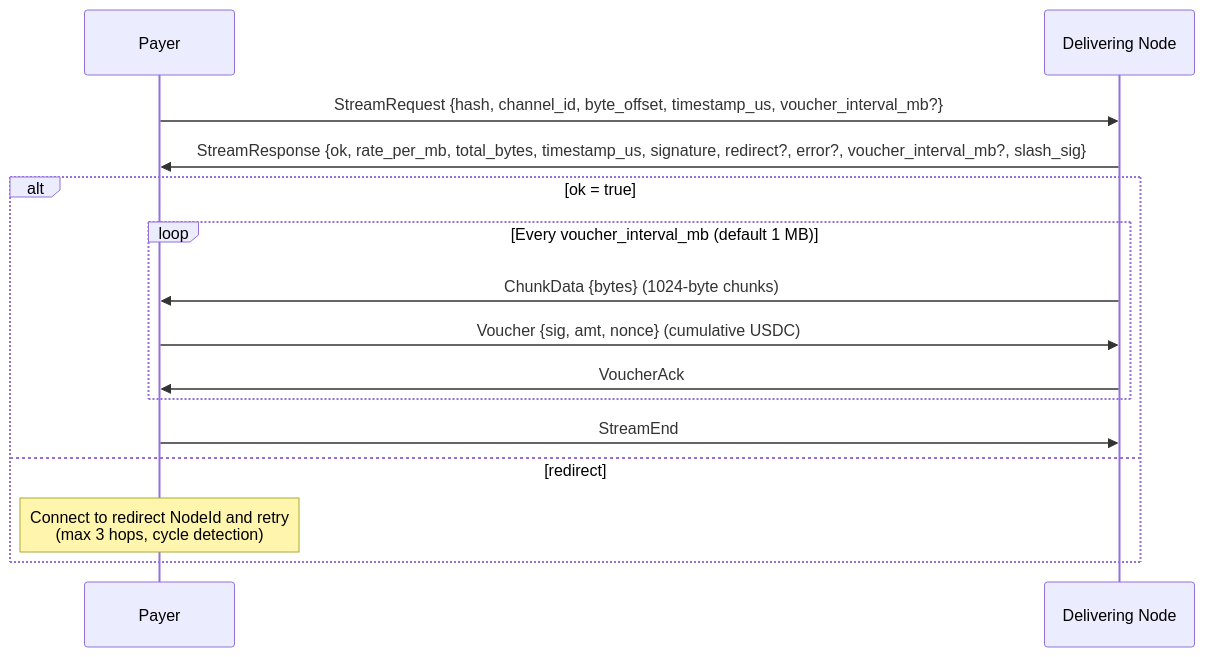
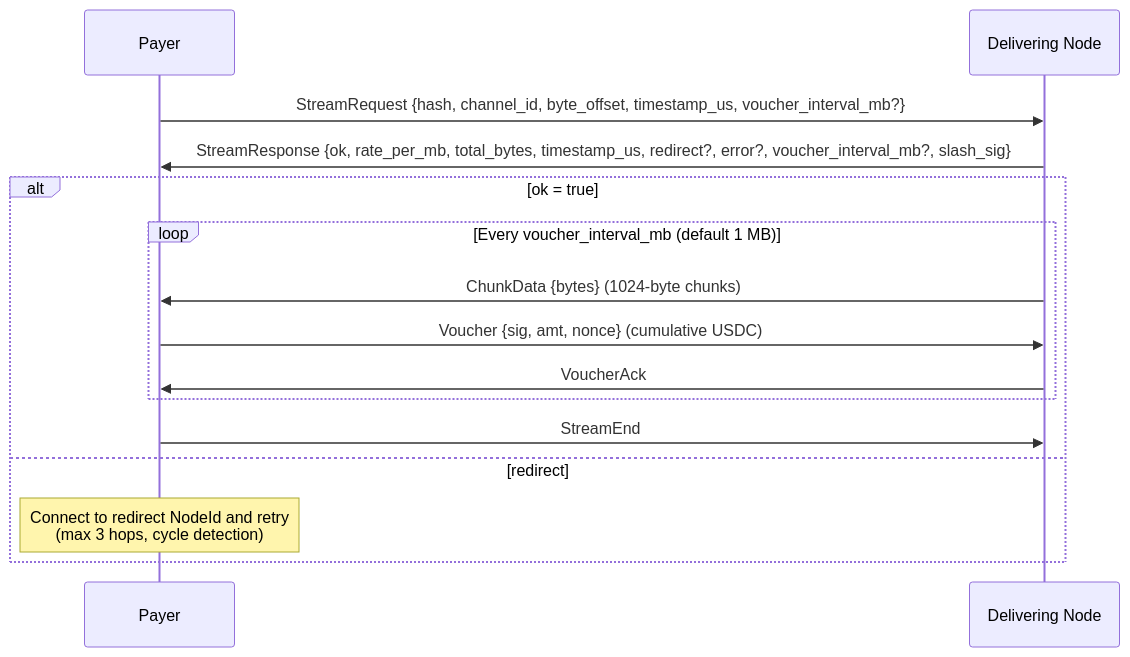
One commit to decdn/decdn changed the second of 4 diagrams in adr/005-protocol.md. Above: the diagram before and after it, drawn with Mermaid. The commit also changed other lines of this file and 9 other files, not shown here.

````diff
--- a/adr/005-protocol.md
+++ b/adr/005-protocol.md
@@ -95,19 +93,19 @@
 ```mermaid
 sequenceDiagram
     participant P as Payer
     participant D as Delivering Node
 
     P->>D: StreamRequest {hash, channel_id, byte_offset, timestamp_us, voucher_interval_mb?}
-    D->>P: StreamResponse {ok, rate_per_mb, total_bytes, timestamp_us, signature, redirect?, error?, voucher_interval_mb?, slash_sig}
+    D->>P: StreamResponse {ok, rate_per_mb, total_bytes, timestamp_us, redirect?, error?, voucher_interval_mb?, slash_sig}
 
     alt ok = true
         loop Every voucher_interval_mb (default 1 MB)
             D->>P: ChunkData {bytes} (1024-byte chunks)
             P->>D: Voucher {sig, amt, nonce} (cumulative USDC)
             D->>P: VoucherAck
         end
         P->>D: StreamEnd
     else redirect
         Note over P: Connect to redirect NodeId and retry<br/>(max 3 hops, cycle detection)
     end
 ```
````
